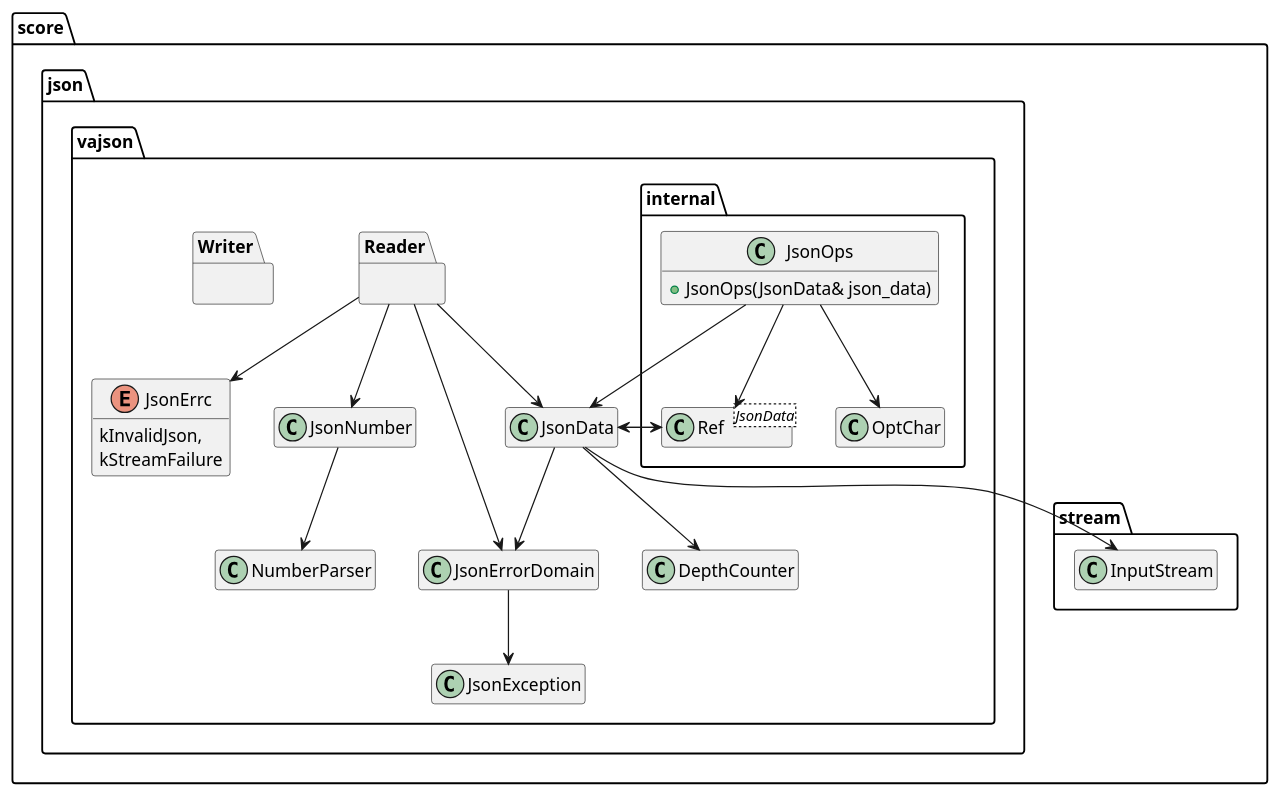
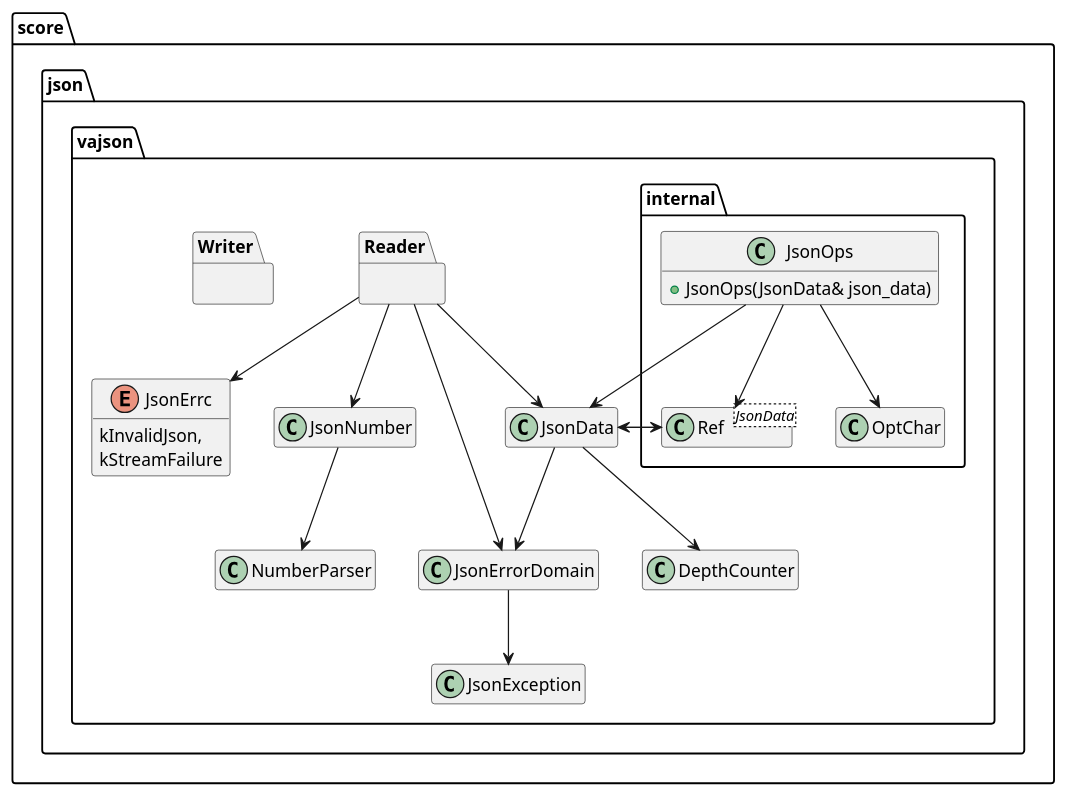
Before and after one commit to eclipse-score/baselibs: the diagram in score/json/docs/vajson/detailed_design/logical/diagrams/Util.puml, drawn with PlantUML. The commit also changed 11 other files, not shown here.

First line of the commit message:
json parser: parse vaJson documents from memory instead of a stream

```diff
--- a/score/json/docs/vajson/detailed_design/logical/diagrams/Util.puml
+++ b/score/json/docs/vajson/detailed_design/logical/diagrams/Util.puml
@@ -1,62 +1,58 @@
 @startuml
 hide empty members
 
 package "score" {
-  package stream {
-    class InputStream {}
-  }
 
   package "json" {
   package "vajson" {
     enum JsonErrc {
       kInvalidJson,
       kStreamFailure
     }
 
 
     class NumberParser {}
 
     class JsonNumber {}
 
     package Reader {
     }
 
     package Writer {
     }
 
     class JsonData {}
 
     class DepthCounter {}
     class JsonErrorDomain {}
     class JsonException {}
 
     package "internal" {
       class JsonOps {
         + JsonOps(JsonData& json_data)
       }
       class Ref<JsonData> {}
       class OptChar {}
     }
   }
   }
 }
 
 JsonNumber --> NumberParser
 
 Reader -down-> JsonNumber
 Reader -down-> JsonErrorDomain
 Reader -down-> JsonErrc
 Reader -down-> JsonData
 
 JsonOps --> Ref
 Ref --> JsonData
 JsonData --> Ref
 JsonOps --> JsonData
 JsonOps --> OptChar
 
-JsonData --> InputStream
 JsonData --> DepthCounter
 JsonData --> JsonErrorDomain
 JsonErrorDomain --> JsonException
 
 @enduml
```
